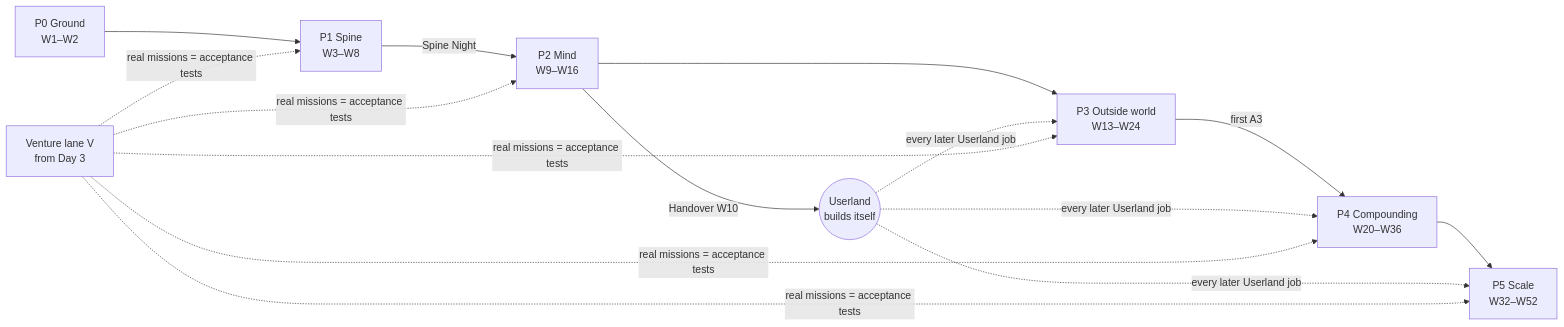
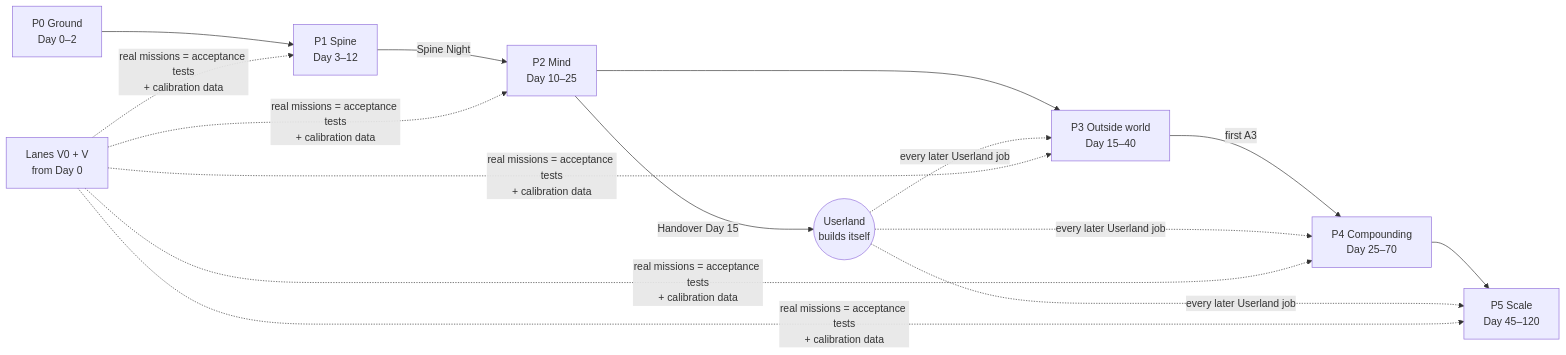
Before and after one commit to Adam077K/agentvibe: the first of 3 diagrams in docs/vision-v3/14-BUILD-PLAN.md, drawn with Mermaid. The commit also changed other lines of this file and 13 other files, not shown here.

````diff
--- a/docs/vision-v3/14-BUILD-PLAN.md
+++ b/docs/vision-v3/14-BUILD-PLAN.md
@@ -96,11 +114,11 @@
 ```mermaid
 flowchart LR
-  P0["P0 Ground<br/>W1–W2"] --> P1["P1 Spine<br/>W3–W8"]
-  P1 -->|Spine Night| P2["P2 Mind<br/>W9–W16"]
-  P2 -->|Handover W10| SB(("Userland<br/>builds itself"))
-  P2 --> P3["P3 Outside world<br/>W13–W24"]
-  P3 -->|first A3| P4["P4 Compounding<br/>W20–W36"]
-  P4 --> P5["P5 Scale<br/>W32–W52"]
+  P0["P0 Ground<br/>Day 0–2"] --> P1["P1 Spine<br/>Day 3–12"]
+  P1 -->|Spine Night| P2["P2 Mind<br/>Day 10–25"]
+  P2 -->|Handover Day 15| SB(("Userland<br/>builds itself"))
+  P2 --> P3["P3 Outside world<br/>Day 15–40"]
+  P3 -->|first A3| P4["P4 Compounding<br/>Day 25–70"]
+  P4 --> P5["P5 Scale<br/>Day 45–120"]
   SB -.->|every later Userland job| P3 & P4 & P5
-  V["Venture lane V<br/>from Day 3"] -.->|real missions = acceptance tests| P1 & P2 & P3 & P4 & P5
+  V["Lanes V0 + V<br/>from Day 0"] -.->|real missions = acceptance tests<br/>+ calibration data| P1 & P2 & P3 & P4 & P5
 ```
````
